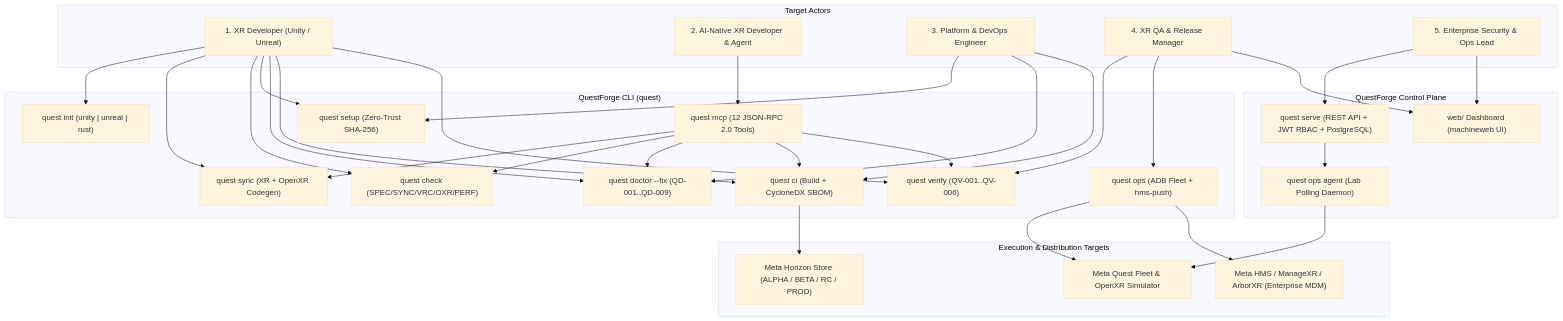
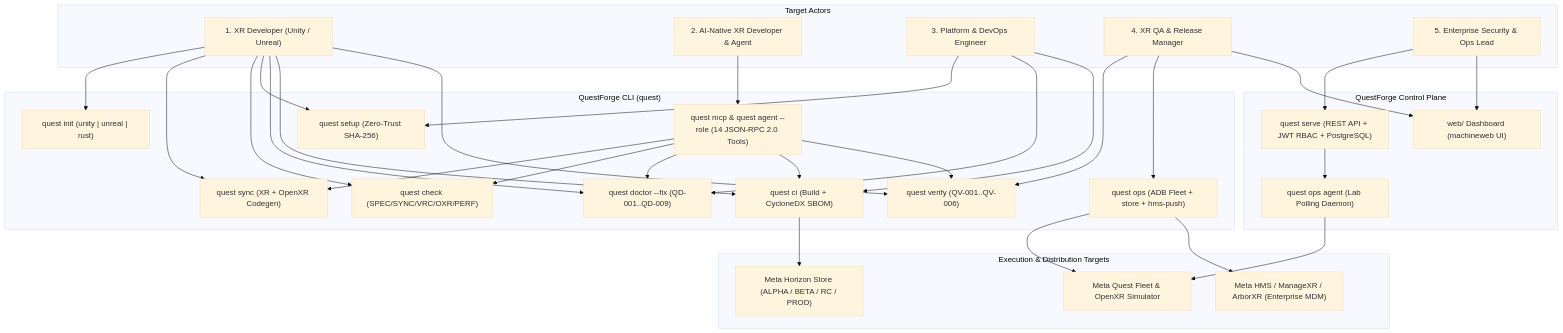
Before and after one commit to sweengineeringlabs/questforge: the first of 10 diagrams in docs/3-design/developer_workflow.md, drawn with Mermaid (base theme). The commit also changed other lines of this file and 7 other files, not shown here.

Commit message:
docs(design,ideation): complete architecture diagrams, WSL interop flow, ER schema, and visual assets

````diff
--- a/docs/3-design/developer_workflow.md
+++ b/docs/3-design/developer_workflow.md
@@ -11,65 +11,65 @@
 ```mermaid
 flowchart TD
     subgraph Actors["Target Actors"]
         Dev["1. XR Developer (Unity / Unreal)"]
         AIDev["2. AI-Native XR Developer & Agent"]
         DevOps["3. Platform & DevOps Engineer"]
         QA["4. XR QA & Release Manager"]
         Ent["5. Enterprise Security & Ops Lead"]
     end
 
     subgraph CLI["QuestForge CLI (quest)"]
         Init["quest init (unity | unreal | rust)"]
         Sync["quest sync (XR + OpenXR Codegen)"]
         Check["quest check (SPEC/SYNC/VRC/OXR/PERF)"]
         Setup["quest setup (Zero-Trust SHA-256)"]
         Doctor["quest doctor --fix (QD-001..QD-009)"]
-        MCP["quest mcp (12 JSON-RPC 2.0 Tools)"]
+        MCP["quest mcp & quest agent --role (14 JSON-RPC 2.0 Tools)"]
         CI["quest ci (Build + CycloneDX SBOM)"]
         Verify["quest verify (QV-001..QV-006)"]
-        Ops["quest ops (ADB Fleet + hms-push)"]
+        Ops["quest ops (ADB Fleet + store + hms-push)"]
     end
 
     subgraph ControlPlane["QuestForge Control Plane"]
         Serve["quest serve (REST API + JWT RBAC + PostgreSQL)"]
         Web["web/ Dashboard (machineweb UI)"]
         Agent["quest ops agent (Lab Polling Daemon)"]
     end
 
     subgraph Targets["Execution & Distribution Targets"]
         Headsets["Meta Quest Fleet & OpenXR Simulator"]
         Store["Meta Horizon Store (ALPHA / BETA / RC / PROD)"]
         HMS["Meta HMS / ManageXR / ArborXR (Enterprise MDM)"]
     end
 
     Dev --> Init
     Dev --> Sync
     Dev --> Check
     Dev --> Setup
     Dev --> Doctor
     Dev --> CI
     Dev --> Verify
 
     AIDev --> MCP
     MCP --> Sync
     MCP --> Check
     MCP --> Doctor
     MCP --> CI
     MCP --> Verify
 
     DevOps --> Setup
     DevOps --> Doctor
     DevOps --> CI
     CI --> Store
 
     QA --> Verify
     QA --> Ops
     QA --> Web
     Ops --> Headsets
     Ops --> HMS
 
     Ent --> Serve
     Ent --> Web
     Serve --> Agent
     Agent --> Headsets
 ```
````
